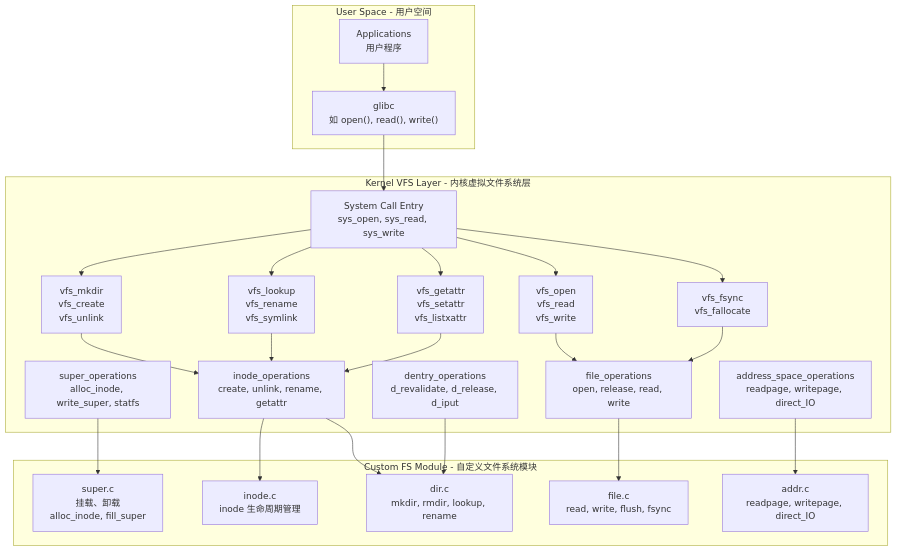
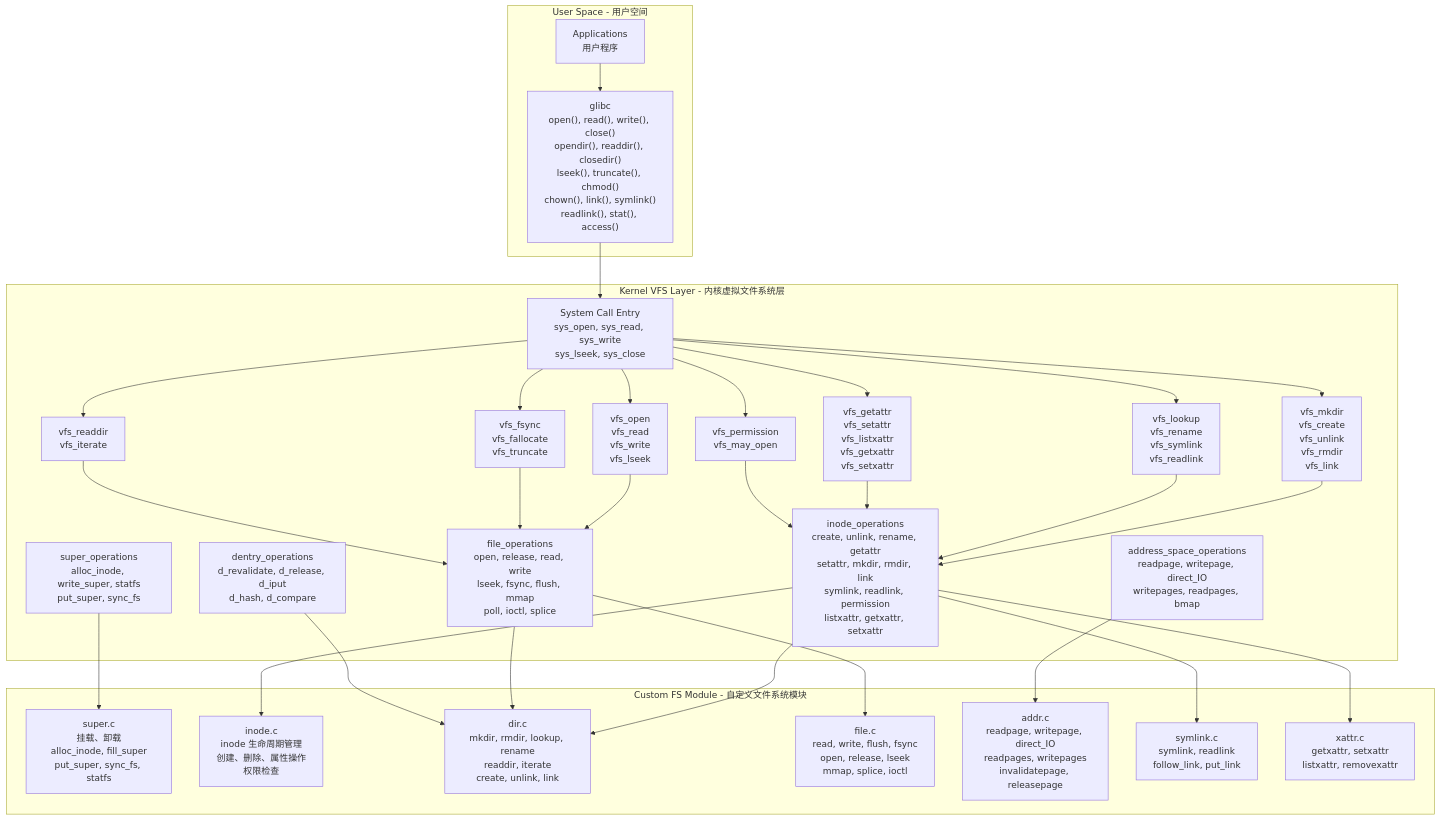
Before and after one commit to wuhongsong/fullstack-blog-system: the first of 14 diagrams in trash/kernel fs 2.md, drawn with Mermaid.

Commit message:
Update kernel fs 2.md

````diff
--- a/trash/kernel fs 2.md
+++ b/trash/kernel fs 2.md
@@ -80,53 +80,64 @@
 ```mermaid
 flowchart TB
     %% 用户空间
     subgraph UserSpace["User Space - 用户空间"]
         A_user["Applications<br/>用户程序"]
-        A_glibc["glibc<br/>如 open(), read(), write()"]
+        A_glibc["glibc<br/>open(), read(), write(), close()<br/>opendir(), readdir(), closedir()<br/>lseek(), truncate(), chmod()<br/>chown(), link(), symlink()<br/>readlink(), stat(), access()"]
     end
 
     %% VFS 层
     subgraph KernelVFS["Kernel VFS Layer - 内核虚拟文件系统层"]
-        B_syscall["System Call Entry<br/>sys_open, sys_read, sys_write"]
-        B_vfs_rw["vfs_open<br/>vfs_read<br/>vfs_write"]
-        B_vfs_meta["vfs_mkdir<br/>vfs_create<br/>vfs_unlink"]
-        B_vfs_path["vfs_lookup<br/>vfs_rename<br/>vfs_symlink"]
-        B_vfs_attr["vfs_getattr<br/>vfs_setattr<br/>vfs_listxattr"]
-        B_vfs_sync["vfs_fsync<br/>vfs_fallocate"]
+        B_syscall["System Call Entry<br/>sys_open, sys_read, sys_write<br/>sys_lseek, sys_close"]
+        B_vfs_rw["vfs_open<br/>vfs_read<br/>vfs_write<br/>vfs_lseek"]
+        B_vfs_meta["vfs_mkdir<br/>vfs_create<br/>vfs_unlink<br/>vfs_rmdir<br/>vfs_link"]
+        B_vfs_path["vfs_lookup<br/>vfs_rename<br/>vfs_symlink<br/>vfs_readlink"]
+        B_vfs_attr["vfs_getattr<br/>vfs_setattr<br/>vfs_listxattr<br/>vfs_getxattr<br/>vfs_setxattr"]
+        B_vfs_sync["vfs_fsync<br/>vfs_fallocate<br/>vfs_truncate"]
+        B_vfs_dir["vfs_readdir<br/>vfs_iterate"]
+        B_vfs_perm["vfs_permission<br/>vfs_may_open"]
 
-        C_super["super_operations<br/>alloc_inode, write_super, statfs"]
-        D_inode["inode_operations<br/>create, unlink, rename, getattr"]
-        E_dentry["dentry_operations<br/>d_revalidate, d_release, d_iput"]
-        F_file["file_operations<br/>open, release, read, write"]
-        G_addr["address_space_operations<br/>readpage, writepage, direct_IO"]
+        C_super["super_operations<br/>alloc_inode, write_super, statfs<br/>put_super, sync_fs"]
+        D_inode["inode_operations<br/>create, unlink, rename, getattr<br/>setattr, mkdir, rmdir, link<br/>symlink, readlink, permission<br/>listxattr, getxattr, setxattr"]
+        E_dentry["dentry_operations<br/>d_revalidate, d_release, d_iput<br/>d_hash, d_compare"]
+        F_file["file_operations<br/>open, release, read, write<br/>lseek, fsync, flush, mmap<br/>poll, ioctl, splice"]
+        G_addr["address_space_operations<br/>readpage, writepage, direct_IO<br/>writepages, readpages, bmap"]
     end
 
     %% FS 模块
     subgraph CustomFS["Custom FS Module - 自定义文件系统模块"]
-        H_super["super.c<br/>挂载、卸载<br/>alloc_inode, fill_super"]
-        I_inode["inode.c<br/>inode 生命周期管理"]
-        J_dir["dir.c<br/>mkdir, rmdir, lookup, rename"]
-        K_file["file.c<br/>read, write, flush, fsync"]
-        L_addr["addr.c<br/>readpage, writepage, direct_IO"]
+        H_super["super.c<br/>挂载、卸载<br/>alloc_inode, fill_super<br/>put_super, sync_fs, statfs"]
+        I_inode["inode.c<br/>inode 生命周期管理<br/>创建、删除、属性操作<br/>权限检查"]
+        J_dir["dir.c<br/>mkdir, rmdir, lookup, rename<br/>readdir, iterate<br/>create, unlink, link"]
+        K_file["file.c<br/>read, write, flush, fsync<br/>open, release, lseek<br/>mmap, splice, ioctl"]
+        L_addr["addr.c<br/>readpage, writepage, direct_IO<br/>readpages, writepages<br/>invalidatepage, releasepage"]
+        M_symlink["symlink.c<br/>symlink, readlink<br/>follow_link, put_link"]
+        N_xattr["xattr.c<br/>getxattr, setxattr<br/>listxattr, removexattr"]
     end
 
     %% 调用链连接
     A_user --> A_glibc
     A_glibc --> B_syscall
     B_syscall --> B_vfs_rw
     B_syscall --> B_vfs_meta
     B_syscall --> B_vfs_path
     B_syscall --> B_vfs_attr
     B_syscall --> B_vfs_sync
+    B_syscall --> B_vfs_dir
+    B_syscall --> B_vfs_perm
     B_vfs_rw --> F_file
     B_vfs_meta --> D_inode
     B_vfs_path --> D_inode
     B_vfs_attr --> D_inode
     B_vfs_sync --> F_file
+    B_vfs_dir --> F_file
+    B_vfs_perm --> D_inode
     C_super --> H_super
     D_inode --> I_inode
     D_inode --> J_dir
+    D_inode --> M_symlink
+    D_inode --> N_xattr
     F_file --> K_file
+    F_file --> J_dir
     E_dentry --> J_dir
     G_addr --> L_addr
 ```
````
